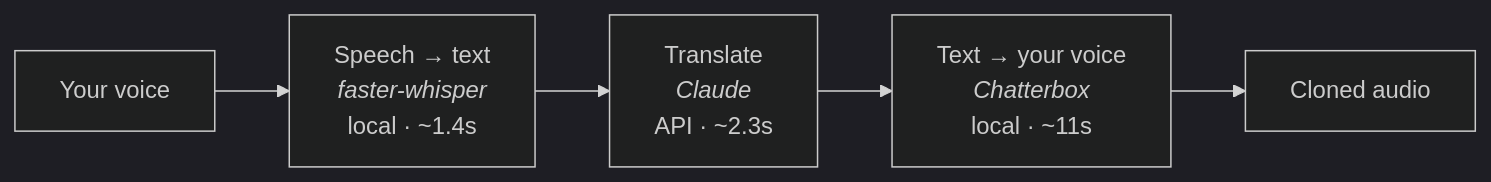
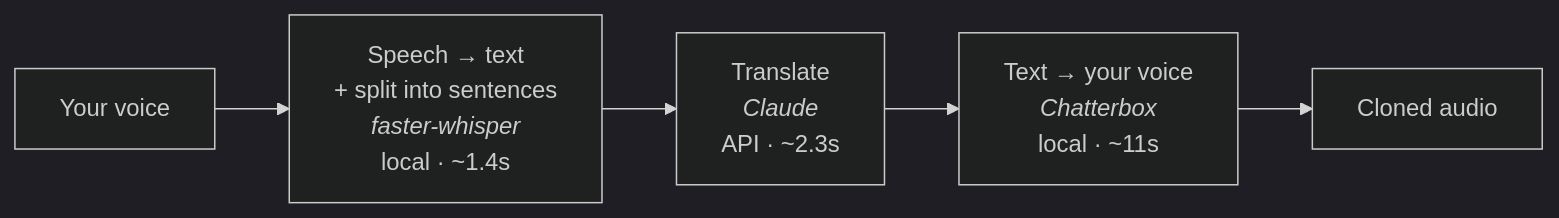
One commit to everyonesok/whisper-t changed the diagram in README.md. Above: the diagram before and after it, drawn with Mermaid (dark theme). The commit also changed other lines of this file, not shown here.

````diff
--- a/README.md
+++ b/README.md
@@ -15,7 +15,7 @@
 ```mermaid
 flowchart LR
-    A[Your voice] --> B["Speech → text<br/><i>faster-whisper</i><br/>local · ~1.4s"]
+    A[Your voice] --> B["Speech → text<br/>+ split into sentences<br/><i>faster-whisper</i><br/>local · ~1.4s"]
     B --> C["Translate<br/><i>Claude</i><br/>API · ~2.3s"]
     C --> D["Text → your voice<br/><i>Chatterbox</i><br/>local · ~11s"]
     D --> E[Cloned audio]
 ```
````
